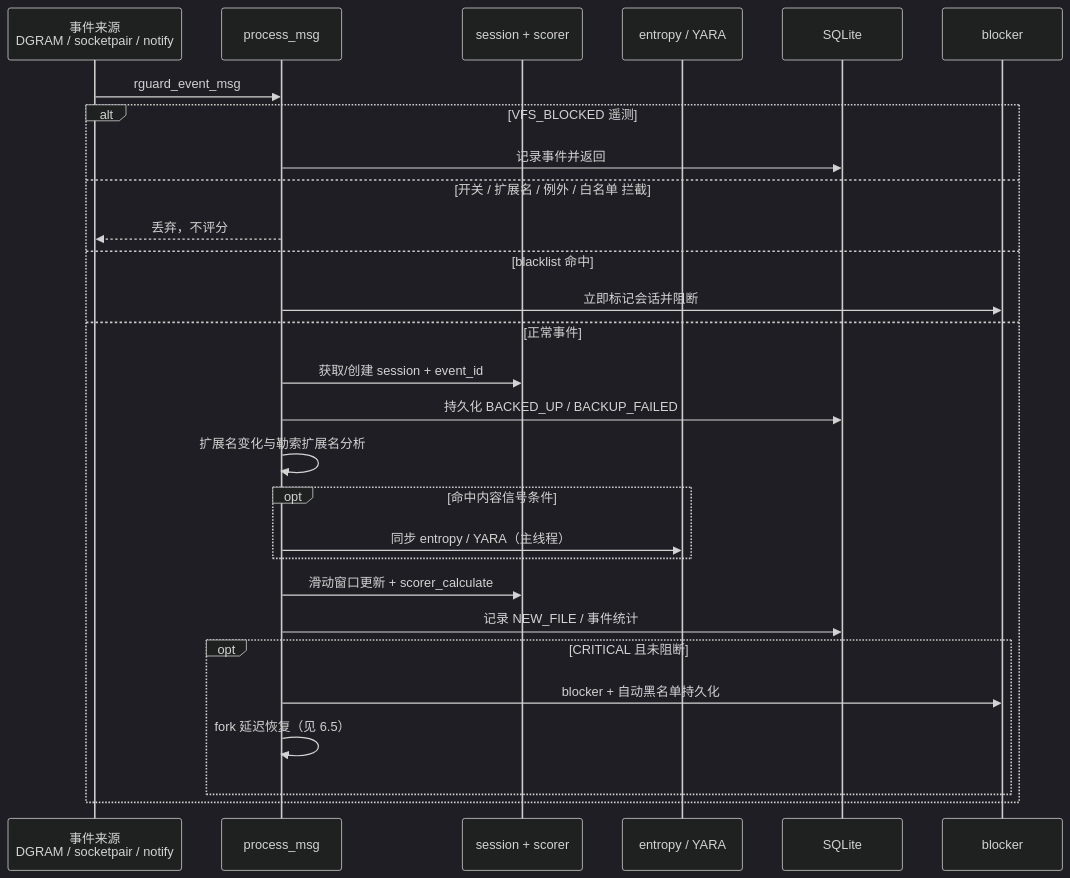
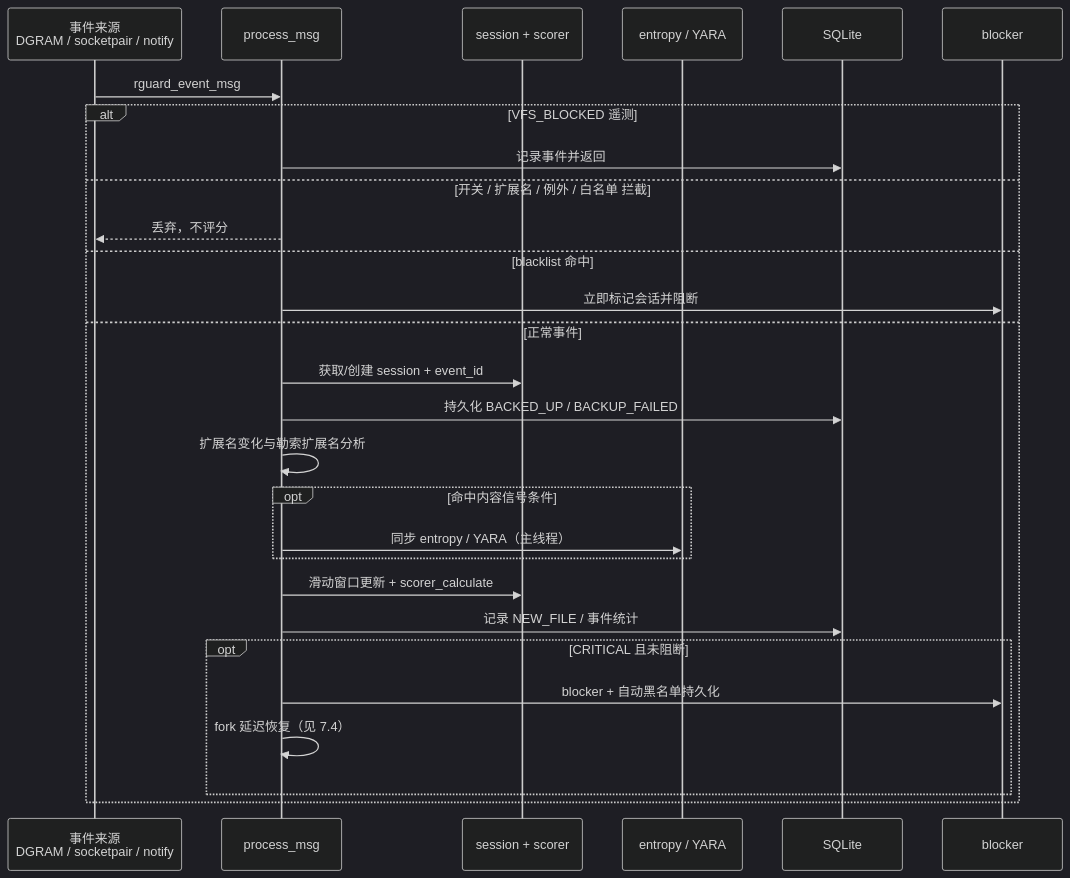
Before and after one commit to xd121614/ne_gfrguard: the seventh of 11 diagrams in doc/specs/architecture_v2.md, drawn with Mermaid (dark theme). The commit also changed other lines of this file, not shown here.

````diff
--- a/doc/specs/architecture_v2.md
+++ b/doc/specs/architecture_v2.md
@@ -322,31 +395,31 @@
 ```mermaid
 sequenceDiagram
 	participant IN as 事件来源<br/>DGRAM / socketpair / notify
 	participant M as process_msg
 	participant S as session + scorer
 	participant C as entropy / YARA
 	participant DB as SQLite
 	participant B as blocker
 
 	IN->>M: rguard_event_msg
 	alt VFS_BLOCKED 遥测
 		M->>DB: 记录事件并返回
 	else 开关 / 扩展名 / 例外 / 白名单 拦截
 		M-->>IN: 丢弃，不评分
 	else blacklist 命中
 		M->>B: 立即标记会话并阻断
 	else 正常事件
 		M->>S: 获取/创建 session + event_id
 		M->>DB: 持久化 BACKED_UP / BACKUP_FAILED
 		M->>M: 扩展名变化与勒索扩展名分析
 		opt 命中内容信号条件
 			M->>C: 同步 entropy / YARA（主线程）
 		end
 		M->>S: 滑动窗口更新 + scorer_calculate
 		M->>DB: 记录 NEW_FILE / 事件统计
 		opt CRITICAL 且未阻断
 			M->>B: blocker + 自动黑名单持久化
-			M->>M: fork 延迟恢复（见 6.5）
+			M->>M: fork 延迟恢复（见 7.4）
 		end
 	end
 ```
````
